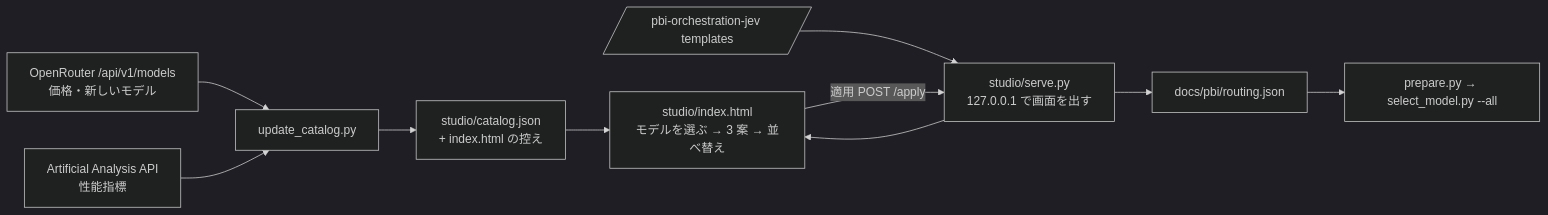
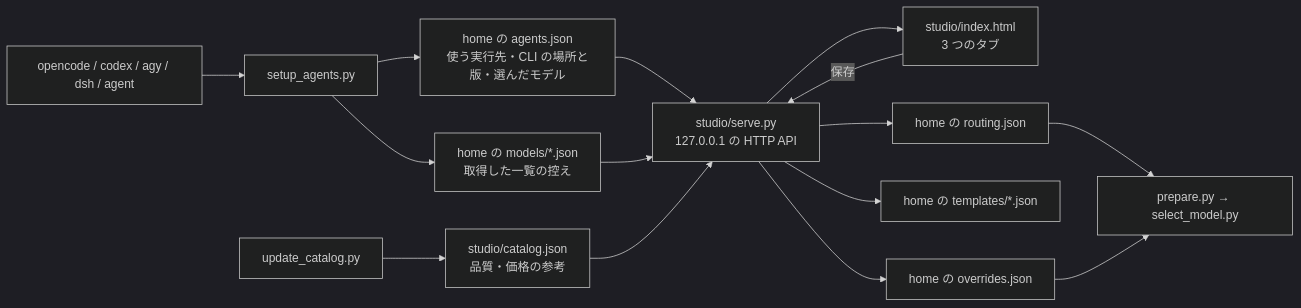
The diagram in docs/template-studio.md (reeschan/atelier), drawn with Mermaid (dark theme) before and after one commit. The commit also changed other lines of this file and 2 other files, not shown here.

Commit message:
Document setup and the three-tab editor in the READMEs and design notes

````diff
--- a/docs/template-studio.md
+++ b/docs/template-studio.md
@@ -11,12 +11,17 @@
 ```mermaid
 flowchart LR
-  OR[OpenRouter /api/v1/models<br/>価格・新しいモデル] --> U[update_catalog.py]
-  AA[Artificial Analysis API<br/>性能指標] --> U
-  U --> C[studio/catalog.json<br/>+ index.html の控え]
-  C --> S[studio/index.html<br/>モデルを選ぶ → 3 案 → 並べ替え]
-  K[/pbi-orchestration-jev templates/] --> V[studio/serve.py<br/>127.0.0.1 で画面を出す]
-  V --> S
-  S -->|適用 POST /apply| V
-  V --> R[docs/pbi/routing.json]
-  R --> P[prepare.py → select_model.py --all]
+  CLI[opencode / codex / agy / dsh / agent] --> SA[setup_agents.py]
+  SA --> A[home の agents.json<br/>使う実行先・CLI の場所と版・選んだモデル]
+  SA --> M[home の models/*.json<br/>取得した一覧の控え]
+  A --> SV[studio/serve.py<br/>127.0.0.1 の HTTP API]
+  M --> SV
+  SV --> IDX[studio/index.html<br/>3 つのタブ]
+  IDX -->|保存| SV
+  SV --> R[home の routing.json]
+  SV --> T[home の templates/*.json]
+  SV --> O[home の overrides.json]
+  R --> P[prepare.py → select_model.py]
+  O --> P
+  U[update_catalog.py] --> CAT[studio/catalog.json<br/>品質・価格の参考]
+  CAT --> SV
 ```
````
